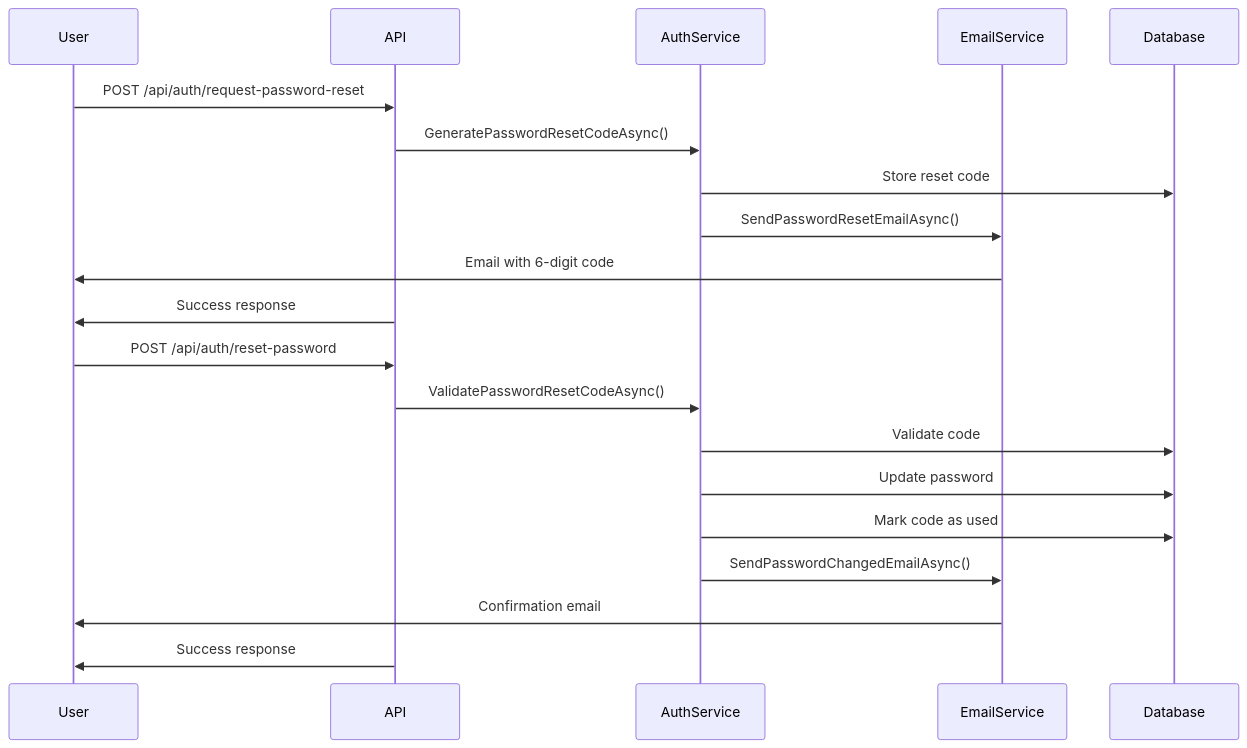
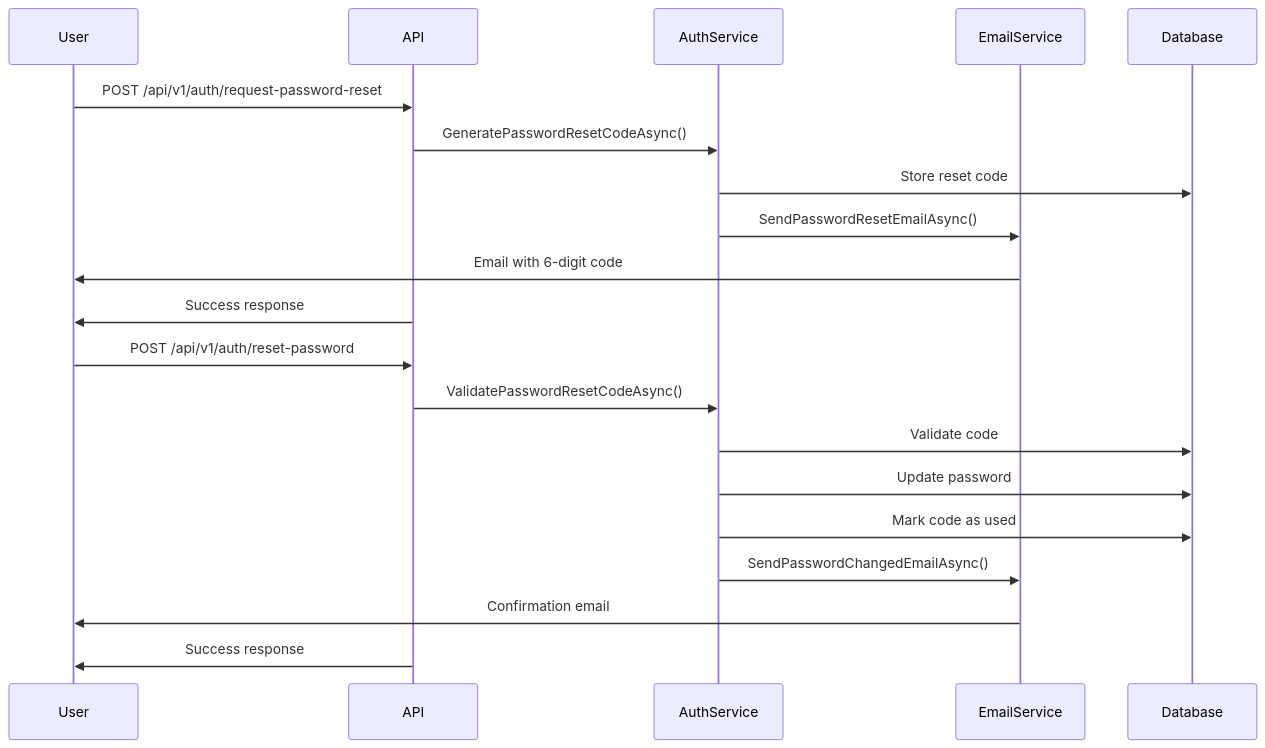
Before and after one commit to josuebaez61/dotnet-api-seed: the diagram in docs/PASSWORD_RECOVERY.md, drawn with Mermaid. The commit also changed other lines of this file and 9 other files, not shown here.

````diff
--- a/docs/PASSWORD_RECOVERY.md
+++ b/docs/PASSWORD_RECOVERY.md
@@ -186,24 +186,24 @@
 ```mermaid
 sequenceDiagram
     participant User
     participant API
     participant AuthService
     participant EmailService
     participant Database
 
-    User->>API: POST /api/auth/request-password-reset
+    User->>API: POST /api/v1/auth/request-password-reset
     API->>AuthService: GeneratePasswordResetCodeAsync()
     AuthService->>Database: Store reset code
     AuthService->>EmailService: SendPasswordResetEmailAsync()
     EmailService->>User: Email with 6-digit code
     API->>User: Success response
 
-    User->>API: POST /api/auth/reset-password
+    User->>API: POST /api/v1/auth/reset-password
     API->>AuthService: ValidatePasswordResetCodeAsync()
     AuthService->>Database: Validate code
     AuthService->>Database: Update password
     AuthService->>Database: Mark code as used
     AuthService->>EmailService: SendPasswordChangedEmailAsync()
     EmailService->>User: Confirmation email
     API->>User: Success response
 ```
````
